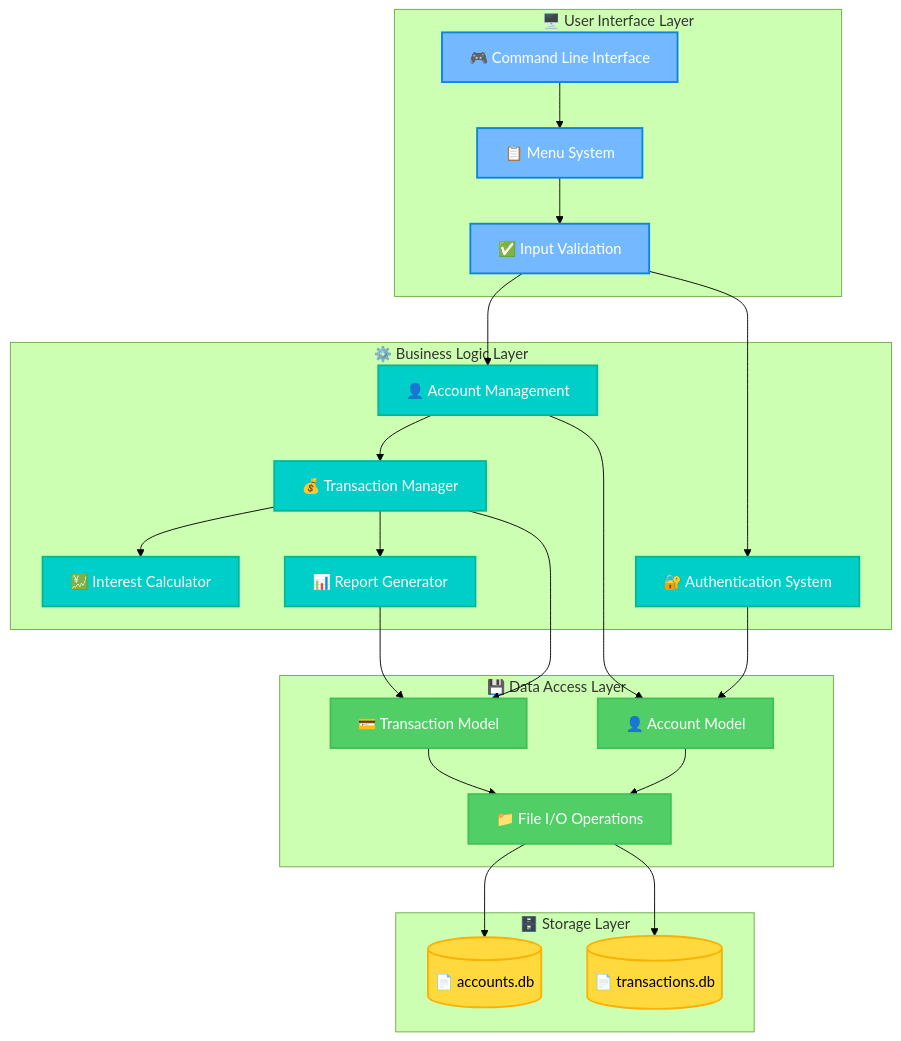
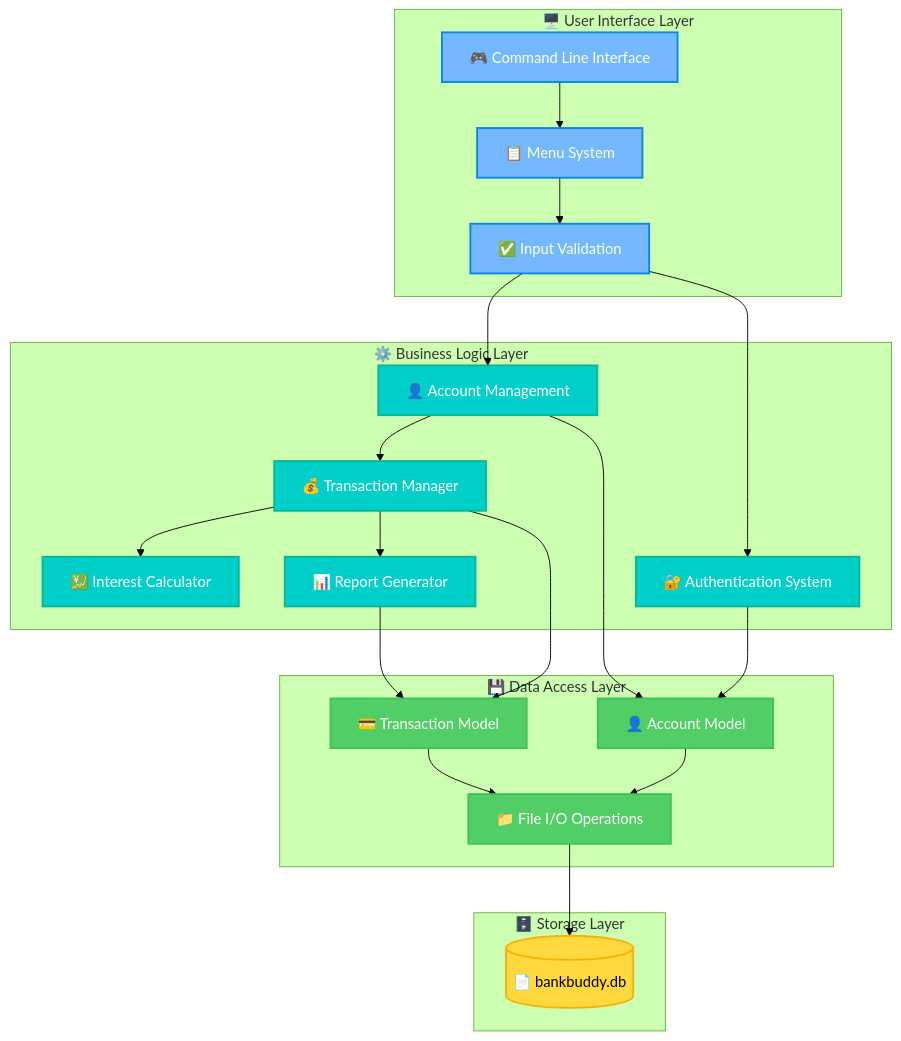
Before and after one commit to hillmatthew2000/BankBuddy: the first of 3 diagrams in README.md, drawn with Mermaid (forest theme). The commit also changed other lines of this file and 12 other files, not shown here.

````diff
--- a/README.md
+++ b/README.md
@@ -109,45 +108,43 @@
 ```mermaid
 graph TB
     subgraph "🖥️ User Interface Layer"
         CLI[🎮 Command Line Interface]:::uiColor
         Menu[📋 Menu System]:::uiColor
         Validation[✅ Input Validation]:::uiColor
     end
     subgraph "⚙️ Business Logic Layer"
         AccountMgmt[👤 Account Management]:::appColor
         AuthSystem[🔐 Authentication System]:::appColor
         TransactionMgr[💰 Transaction Manager]:::appColor
         InterestCalc[💹 Interest Calculator]:::appColor
         ReportGen[📊 Report Generator]:::appColor
     end
     subgraph "💾 Data Access Layer"
         AccountModel[👤 Account Model]:::dataColor
         TransactionModel[💳 Transaction Model]:::dataColor
         FileIO[📁 File I/O Operations]:::dataColor
     end
     subgraph "🗄️ Storage Layer"
-        AccountsDB[(📄 accounts.db)]:::storageColor
-        TransactionsDB[(📄 transactions.db)]:::storageColor
+        AccountsDB[(📄 bankbuddy.db)]:::storageColor
     end
     
     CLI --> Menu
     Menu --> Validation
     Validation --> AccountMgmt
     Validation --> AuthSystem
     AccountMgmt --> TransactionMgr
     TransactionMgr --> InterestCalc
     TransactionMgr --> ReportGen
     AuthSystem --> AccountModel
     AccountMgmt --> AccountModel
     TransactionMgr --> TransactionModel
     ReportGen --> TransactionModel
     AccountModel --> FileIO
     TransactionModel --> FileIO
     FileIO --> AccountsDB
-    FileIO --> TransactionsDB
     
     classDef uiColor fill:#74b9ff,stroke:#0984e3,stroke-width:2px,color:#fff
     classDef appColor fill:#00cec9,stroke:#00b894,stroke-width:2px,color:#fff
     classDef dataColor fill:#51cf66,stroke:#40c057,stroke-width:2px,color:#fff
     classDef storageColor fill:#ffd93d,stroke:#fab005,stroke-width:2px,color:#000
 ```
````
